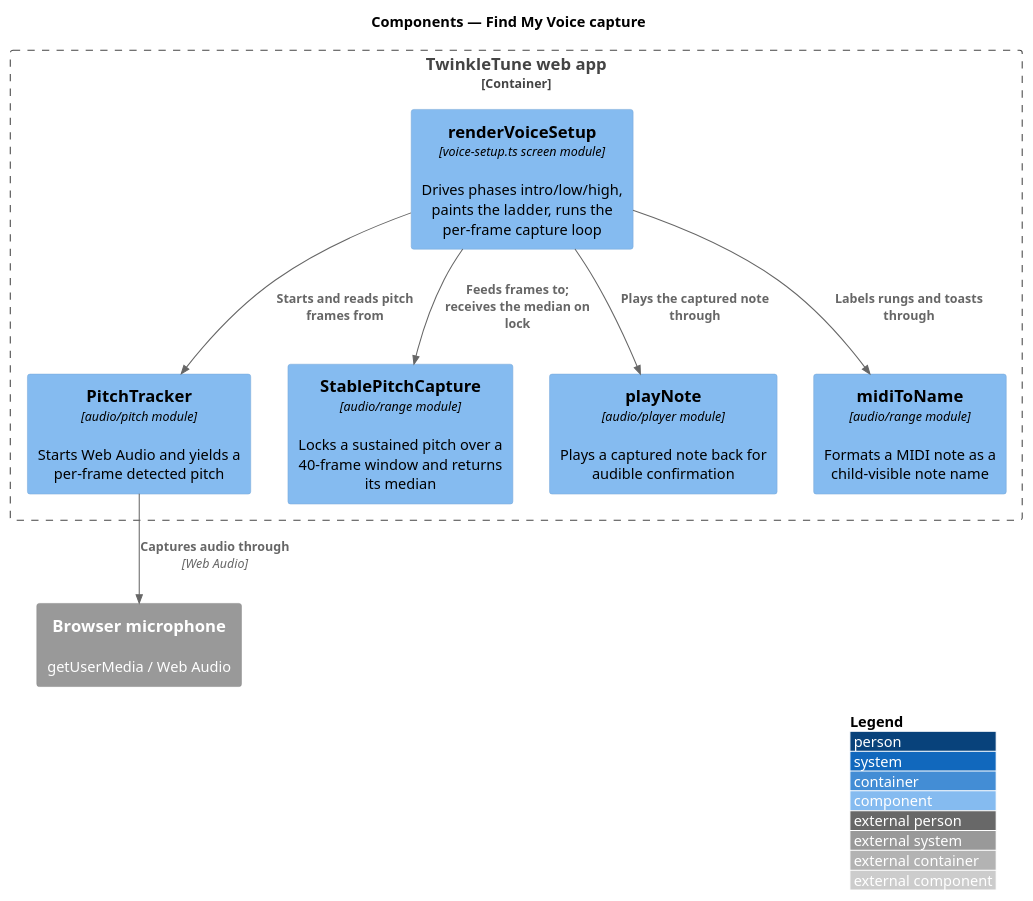
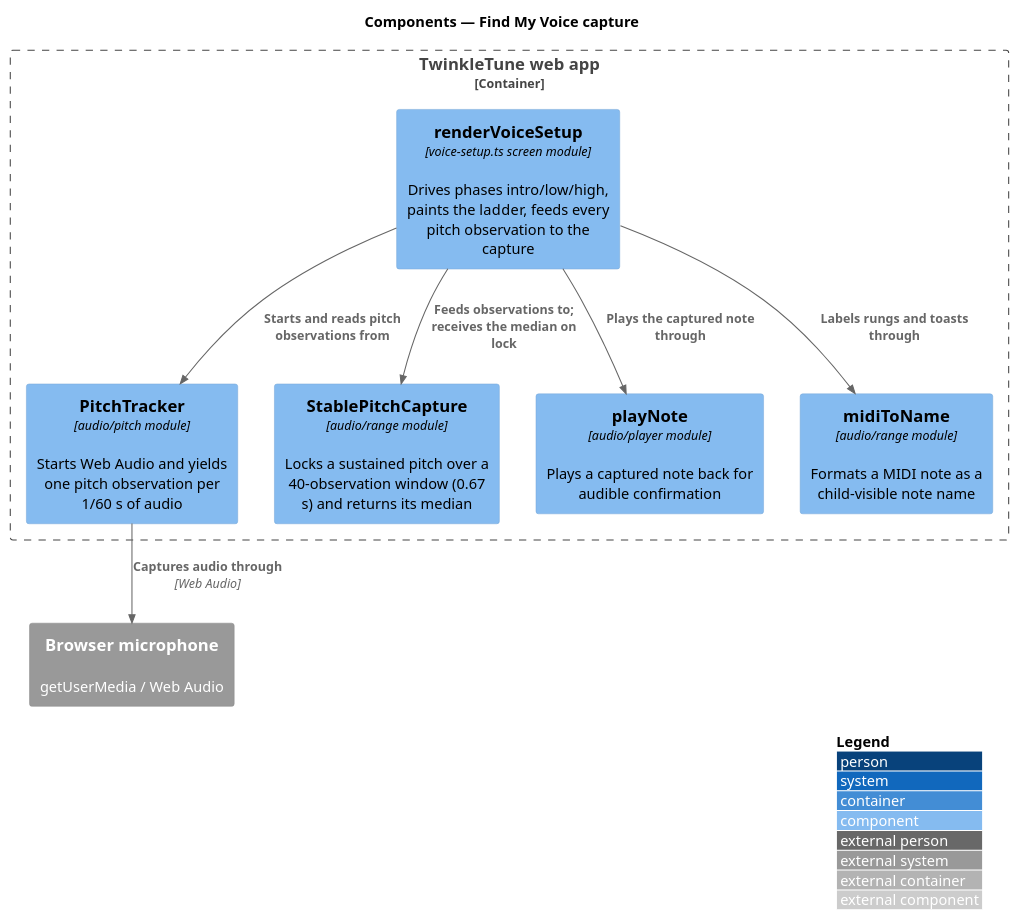
The diagram in docs/detailed-designs/voice-personalization/capture-vocal-range/diagrams/c4-component.puml (QuinntyneBrown/TwinkleTune), drawn with PlantUML before and after one commit. The commit also changed 8 other files, not shown here.

First line of the commit message:
Specify Find My Voice capture on the fixed analysis step (VP-L2-3, VP-L2-4)

```diff
--- a/docs/detailed-designs/voice-personalization/capture-vocal-range/diagrams/c4-component.puml
+++ b/docs/detailed-designs/voice-personalization/capture-vocal-range/diagrams/c4-component.puml
@@ -1,20 +1,20 @@
 @startuml
 !include <C4/C4_Component>
 LAYOUT_WITH_LEGEND()
 title Components — Find My Voice capture
 
 Container_Boundary(webapp, "TwinkleTune web app") {
-  Component(screen, "renderVoiceSetup", "voice-setup.ts screen module", "Drives phases intro/low/high, paints the ladder, runs the per-frame capture loop")
-  Component(tracker, "PitchTracker", "audio/pitch module", "Starts Web Audio and yields a per-frame detected pitch")
-  Component(capture, "StablePitchCapture", "audio/range module", "Locks a sustained pitch over a 40-frame window and returns its median")
+  Component(screen, "renderVoiceSetup", "voice-setup.ts screen module", "Drives phases intro/low/high, paints the ladder, feeds every pitch observation to the capture")
+  Component(tracker, "PitchTracker", "audio/pitch module", "Starts Web Audio and yields one pitch observation per 1/60 s of audio")
+  Component(capture, "StablePitchCapture", "audio/range module", "Locks a sustained pitch over a 40-observation window (0.67 s) and returns its median")
   Component(player, "playNote", "audio/player module", "Plays a captured note back for audible confirmation")
   Component(names, "midiToName", "audio/range module", "Formats a MIDI note as a child-visible note name")
 }
 System_Ext(mic, "Browser microphone", "getUserMedia / Web Audio")
 
-Rel(screen, tracker, "Starts and reads pitch frames from")
+Rel(screen, tracker, "Starts and reads pitch observations from")
 Rel(tracker, mic, "Captures audio through", "Web Audio")
-Rel(screen, capture, "Feeds frames to; receives the median on lock")
+Rel(screen, capture, "Feeds observations to; receives the median on lock")
 Rel(screen, player, "Plays the captured note through")
 Rel(screen, names, "Labels rungs and toasts through")
 @enduml
```
